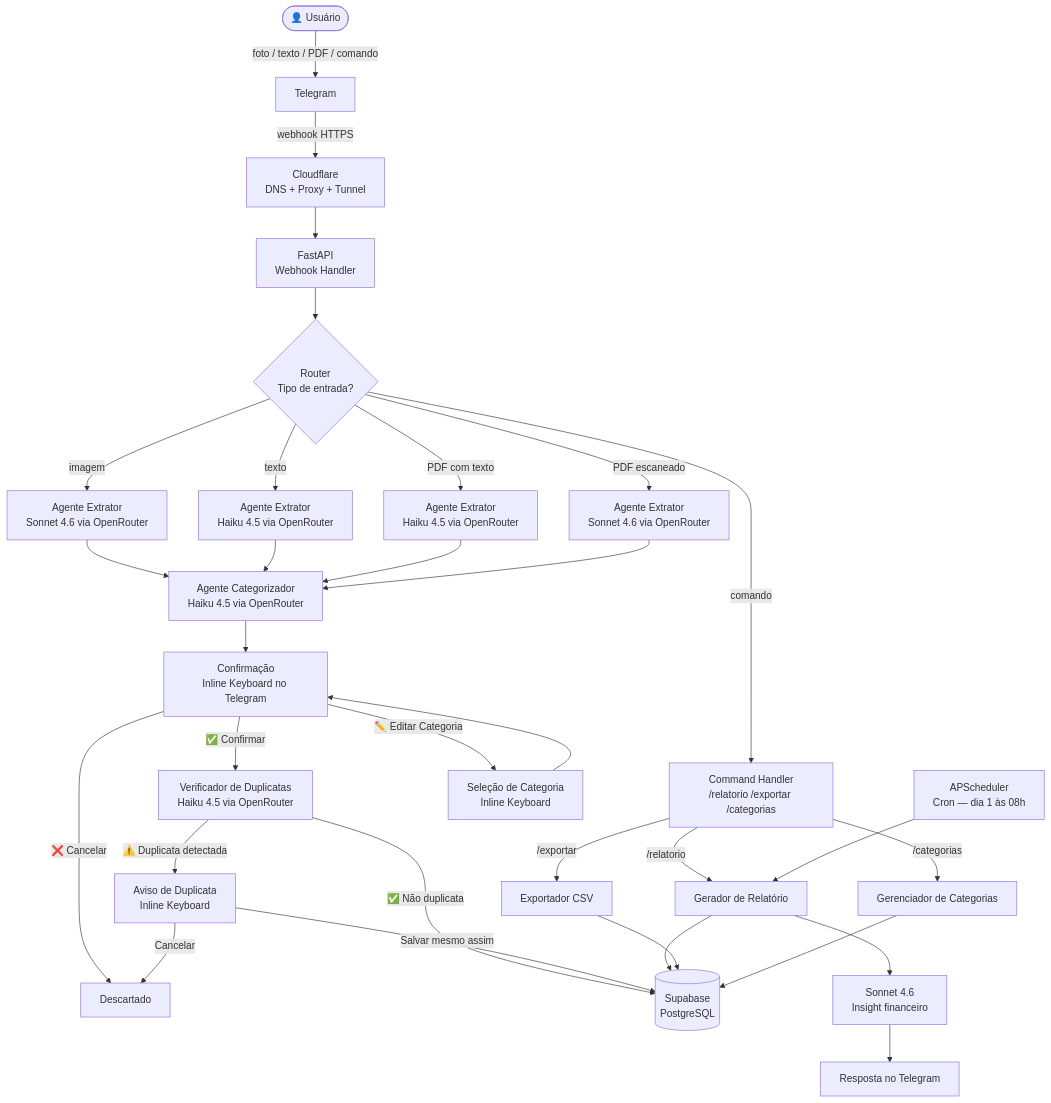
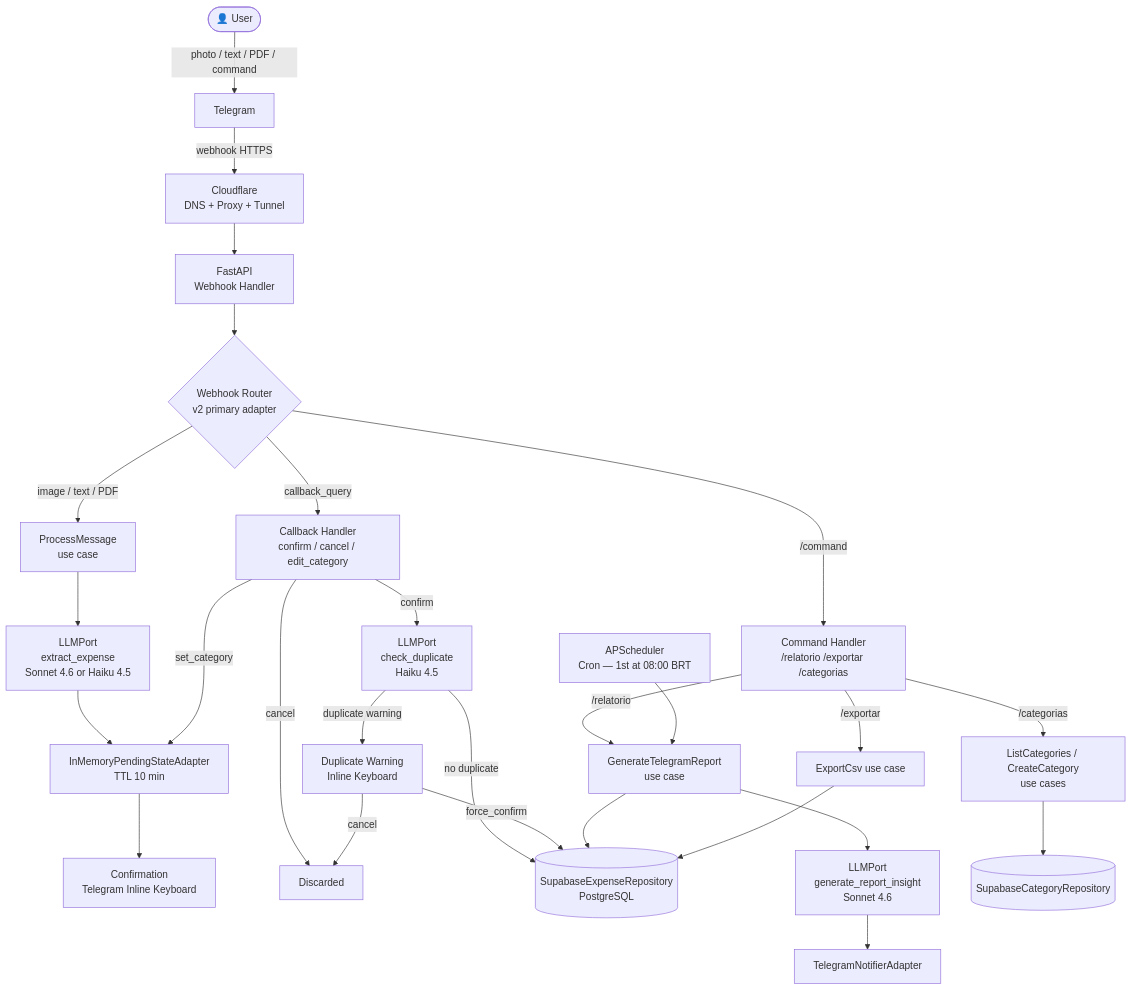
Before and after one commit to nathanfiorito/personal-finances-backend: the first of 3 diagrams in docs/ARCHITECTURE-DIAGRAM.md, drawn with Mermaid. The commit also changed other lines of this file, not shown here.

First line of the commit message:
docs: update architecture diagram for hexagonal v2 structure

````diff
--- a/docs/ARCHITECTURE-DIAGRAM.md
+++ b/docs/ARCHITECTURE-DIAGRAM.md
@@ -5,43 +5,38 @@
 ```mermaid
 flowchart TD
-    User([👤 Usuário]) -->|foto / texto / PDF / comando| TG[Telegram]
+    User([👤 User]) -->|photo / text / PDF / command| TG[Telegram]
     TG -->|webhook HTTPS| CF[Cloudflare\nDNS + Proxy + Tunnel]
     CF --> API[FastAPI\nWebhook Handler]
 
-    API --> Router{Router\nTipo de entrada?}
+    API --> WHOOK{Webhook Router\nv2 primary adapter}
 
-    Router -->|imagem| EXT_IMG[Agente Extrator\nSonnet 4.6 via OpenRouter]
-    Router -->|texto| EXT_TXT[Agente Extrator\nHaiku 4.5 via OpenRouter]
-    Router -->|PDF com texto| EXT_PDFT[Agente Extrator\nHaiku 4.5 via OpenRouter]
-    Router -->|PDF escaneado| EXT_PDFI[Agente Extrator\nSonnet 4.6 via OpenRouter]
-    Router -->|comando| CMD[Command Handler\n/relatorio /exportar /categorias]
+    WHOOK -->|image / text / PDF| MSG[ProcessMessage\nuse case]
+    WHOOK -->|/command| CMD[Command Handler\n/relatorio /exportar /categorias]
+    WHOOK -->|callback_query| CB[Callback Handler\nconfirm / cancel / edit_category]
 
-    EXT_IMG --> CAT[Agente Categorizador\nHaiku 4.5 via OpenRouter]
-    EXT_TXT --> CAT
-    EXT_PDFT --> CAT
-    EXT_PDFI --> CAT
+    MSG --> LLM[LLMPort\nextract_expense\nSonnet 4.6 or Haiku 4.5]
+    LLM --> PENDING[InMemoryPendingStateAdapter\nTTL 10 min]
+    PENDING --> CONFIRM[Confirmation\nTelegram Inline Keyboard]
 
-    CAT --> CONFIRM[Confirmação\nInline Keyboard no Telegram]
-    CONFIRM -->|✅ Confirmar| DUPCHECK[Verificador de Duplicatas\nHaiku 4.5 via OpenRouter]
-    CONFIRM -->|✏️ Editar Categoria| CAT_SEL[Seleção de Categoria\nInline Keyboard]
-    CONFIRM -->|❌ Cancelar| DISCARD[Descartado]
-    CAT_SEL --> CONFIRM
+    CB -->|confirm| DUPCHECK[LLMPort\ncheck_duplicate\nHaiku 4.5]
+    CB -->|set_category| PENDING
+    CB -->|cancel| DISCARD[Discarded]
 
-    DUPCHECK -->|✅ Não duplicata| DB[(Supabase\nPostgreSQL)]
-    DUPCHECK -->|⚠️ Duplicata detectada| DUPWARN[Aviso de Duplicata\nInline Keyboard]
-    DUPWARN -->|Salvar mesmo assim| DB
-    DUPWARN -->|Cancelar| DISCARD
+    DUPCHECK -->|no duplicate| REPO[(SupabaseExpenseRepository\nPostgreSQL)]
+    DUPCHECK -->|duplicate warning| DUPWARN[Duplicate Warning\nInline Keyboard]
+    DUPWARN -->|force_confirm| REPO
+    DUPWARN -->|cancel| DISCARD
 
-    CMD -->|/relatorio| RPT[Gerador de Relatório]
-    CMD -->|/exportar| CSV[Exportador CSV]
-    CMD -->|/categorias| CAT_CMD[Gerenciador de Categorias]
+    CMD -->|/relatorio| RPT[GenerateTelegramReport\nuse case]
+    CMD -->|/exportar| CSV[ExportCsv use case]
+    CMD -->|/categorias| CAT_CMD[ListCategories / CreateCategory\nuse cases]
 
-    RPT --> DB
-    RPT --> LLM_RPT[Sonnet 4.6\nInsight financeiro]
-    LLM_RPT --> TG_OUT[Resposta no Telegram]
+    RPT --> REPO
+    RPT --> LLM_RPT[LLMPort\ngenerate_report_insight\nSonnet 4.6]
+    LLM_RPT --> NOTIFIER[TelegramNotifierAdapter]
 
-    CSV --> DB
-    CAT_CMD --> DB
+    CSV --> REPO
+    CAT_CMD --> CATREPO[(SupabaseCategoryRepository)]
 
-    SCHED[APScheduler\nCron — dia 1 às 08h] --> RPT
+    SCHED[APScheduler\nCron — 1st at 08:00 BRT] --> RPT
 ```
````
